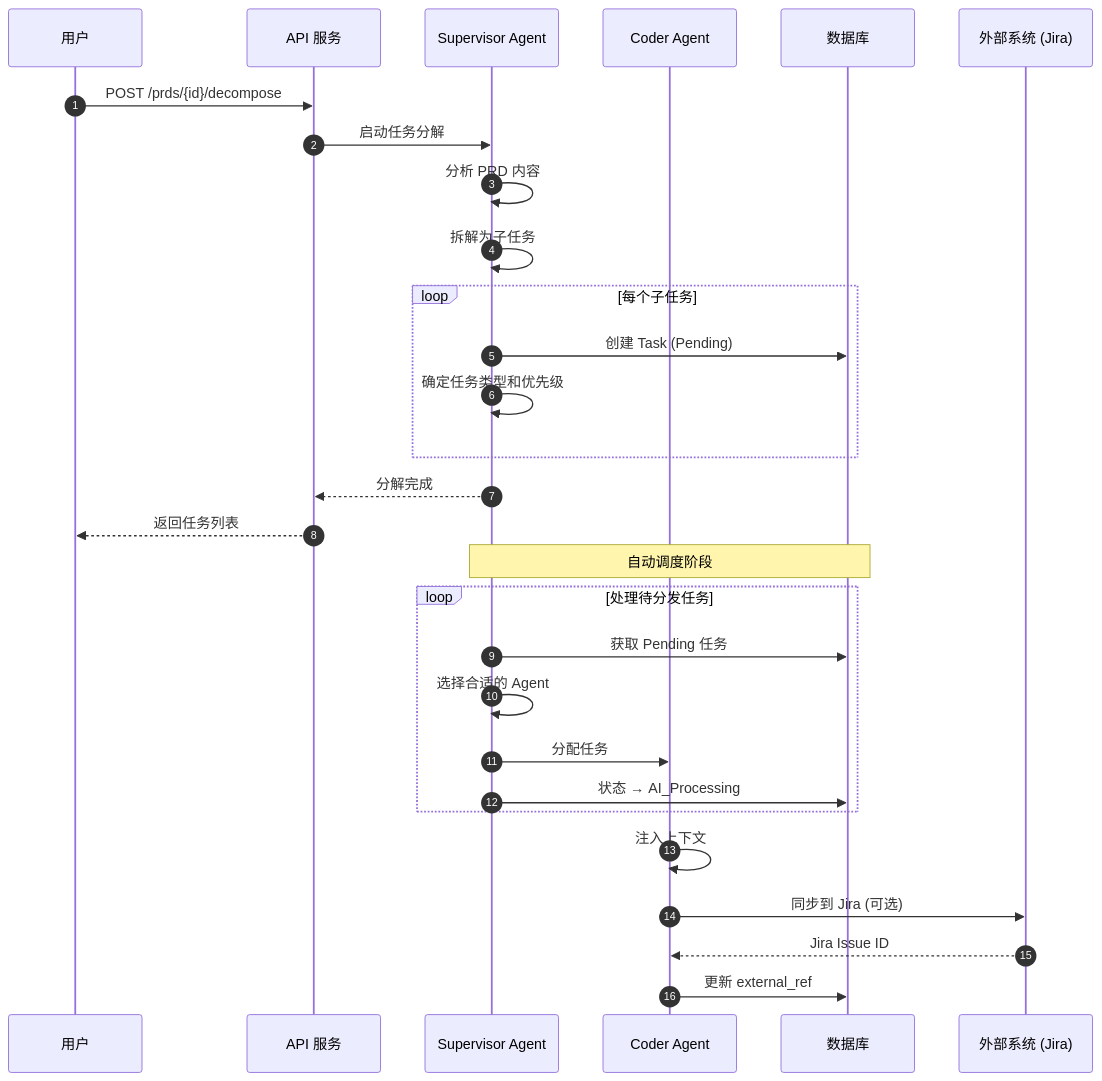
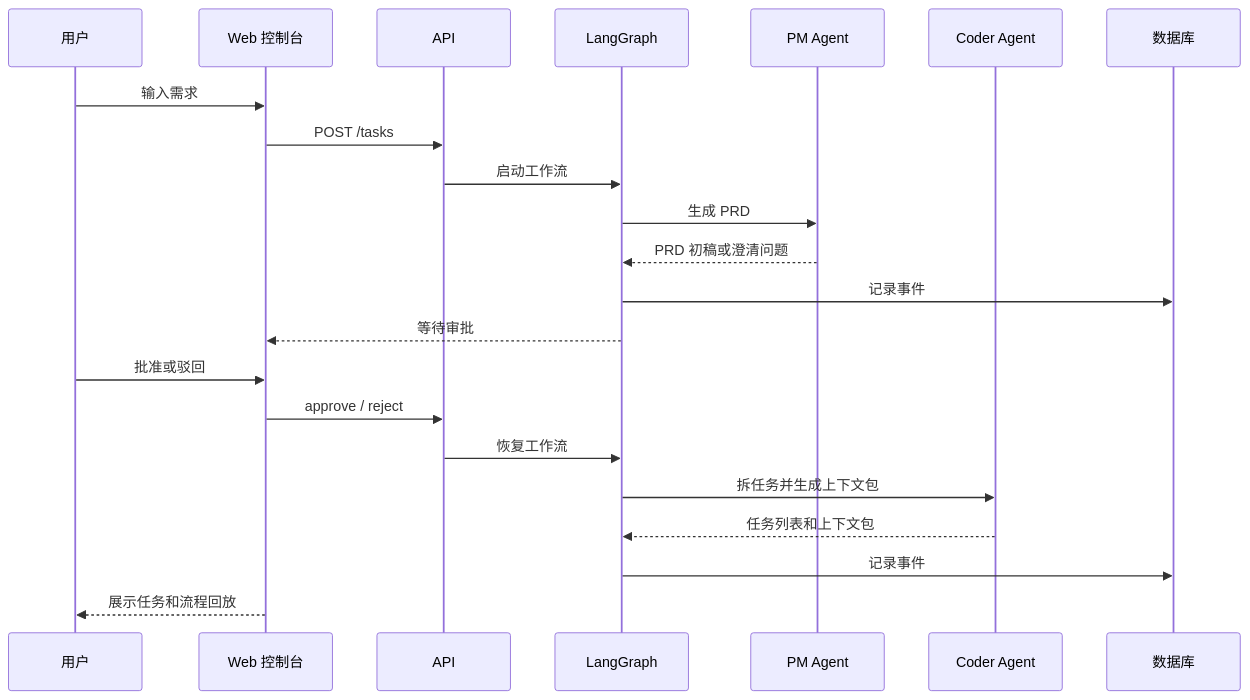
The first of 2 diagrams in docs/03-architecture/System_Flow_Diagrams.md (sujianjob/DevSmart), drawn with Mermaid before and after one commit. The commit also changed other lines of this file and 29 other files, not shown here.

````diff
--- a/docs/03-architecture/System_Flow_Diagrams.md
+++ b/docs/03-architecture/System_Flow_Diagrams.md
@@ -264,38 +5,25 @@
 ```mermaid
 sequenceDiagram
-    autonumber
-    participant User as 用户
-    participant API as API 服务
-    participant Supervisor as Supervisor Agent
-    participant Coder as Coder Agent
+    participant U as 用户
+    participant W as Web 控制台
+    participant A as API
+    participant G as LangGraph
+    participant PM as PM Agent
+    participant C as Coder Agent
     participant DB as 数据库
-    participant External as 外部系统 (Jira)
 
-    User->>API: POST /prds/{id}/decompose
-    API->>Supervisor: 启动任务分解
-
-    Supervisor->>Supervisor: 分析 PRD 内容
-    Supervisor->>Supervisor: 拆解为子任务
-
-    loop 每个子任务
-        Supervisor->>DB: 创建 Task (Pending)
-        Supervisor->>Supervisor: 确定任务类型和优先级
-    end
-
-    Supervisor-->>API: 分解完成
-    API-->>User: 返回任务列表
-
-    Note over Supervisor,DB: 自动调度阶段
-
-    loop 处理待分发任务
-        Supervisor->>DB: 获取 Pending 任务
-        Supervisor->>Supervisor: 选择合适的 Agent
-        Supervisor->>Coder: 分配任务
-        Supervisor->>DB: 状态 → AI_Processing
-    end
-
-    Coder->>Coder: 注入上下文
-    Coder->>External: 同步到 Jira (可选)
-    External-->>Coder: Jira Issue ID
-    Coder->>DB: 更新 external_ref
+    U->>W: 输入需求
+    W->>A: POST /tasks
+    A->>G: 启动工作流
+    G->>PM: 生成 PRD
+    PM-->>G: PRD 初稿或澄清问题
+    G->>DB: 记录事件
+    G-->>W: 等待审批
+    U->>W: 批准或驳回
+    W->>A: approve / reject
+    A->>G: 恢复工作流
+    G->>C: 拆任务并生成上下文包
+    C-->>G: 任务列表和上下文包
+    G->>DB: 记录事件
+    W-->>U: 展示任务和流程回放
 ```
````
